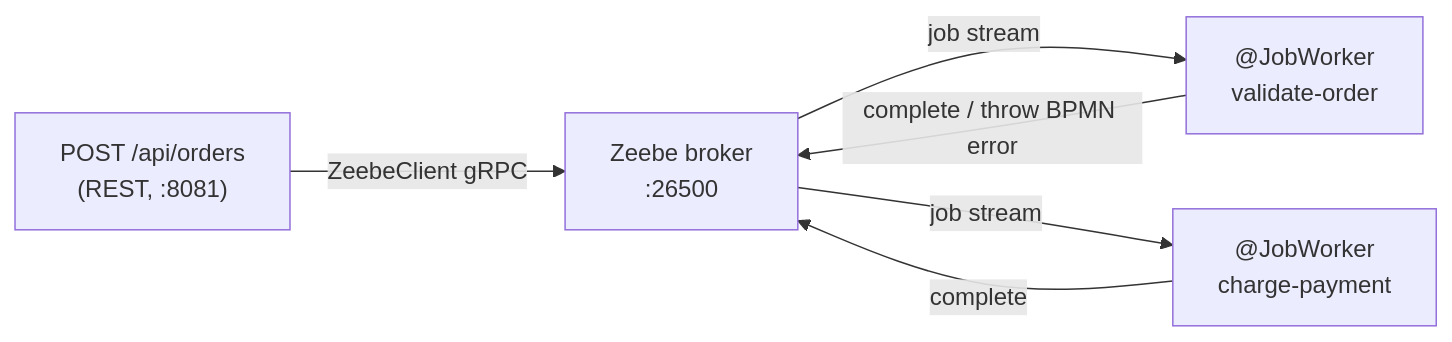
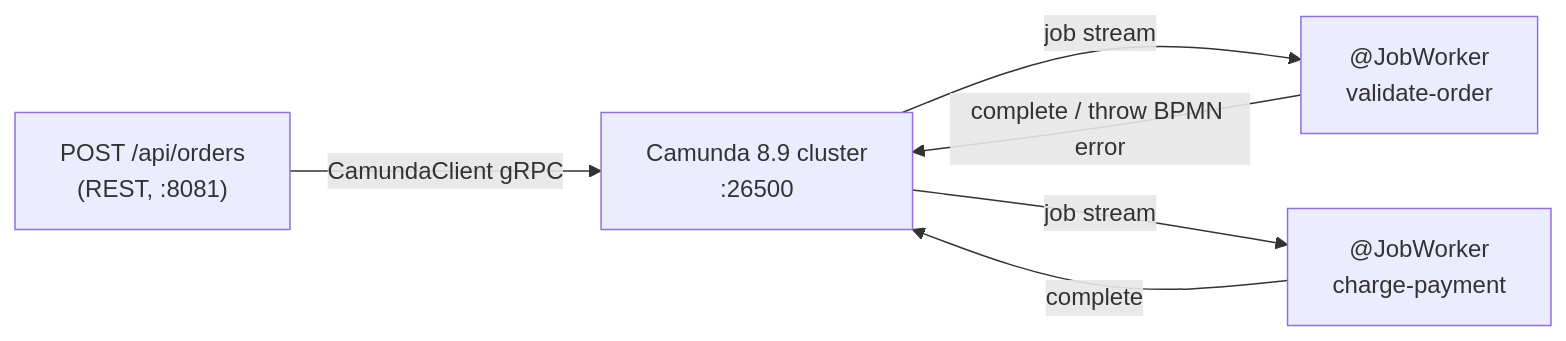
The fifth of 5 diagrams in README.md (himnay/learning-camunda), drawn with Mermaid before and after one commit. The commit also changed other lines of this file and 20 other files, not shown here.

````diff
--- a/README.md
+++ b/README.md
@@ -259,8 +267,8 @@
 ```mermaid
 flowchart LR
-    C["POST /api/orders<br/>(REST, :8081)"] -->|ZeebeClient gRPC| B[Zeebe broker<br/>:26500]
+    C["POST /api/orders<br/>(REST, :8081)"] -->|CamundaClient gRPC| B[Camunda 8.9 cluster<br/>:26500]
     B -->|job stream| W1["@JobWorker<br/>validate-order"]
     B -->|job stream| W2["@JobWorker<br/>charge-payment"]
     W1 -->|complete / throw BPMN error| B
     W2 -->|complete| B
 ```
````
